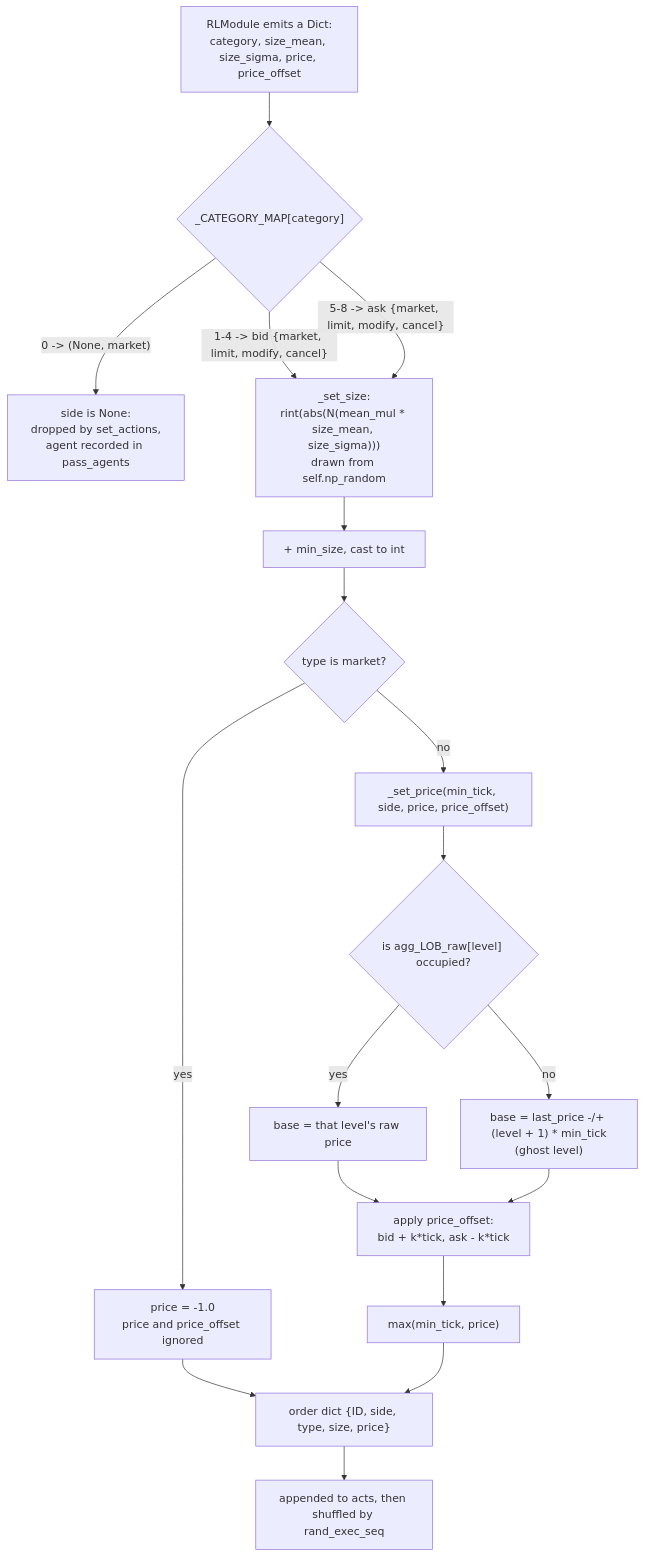
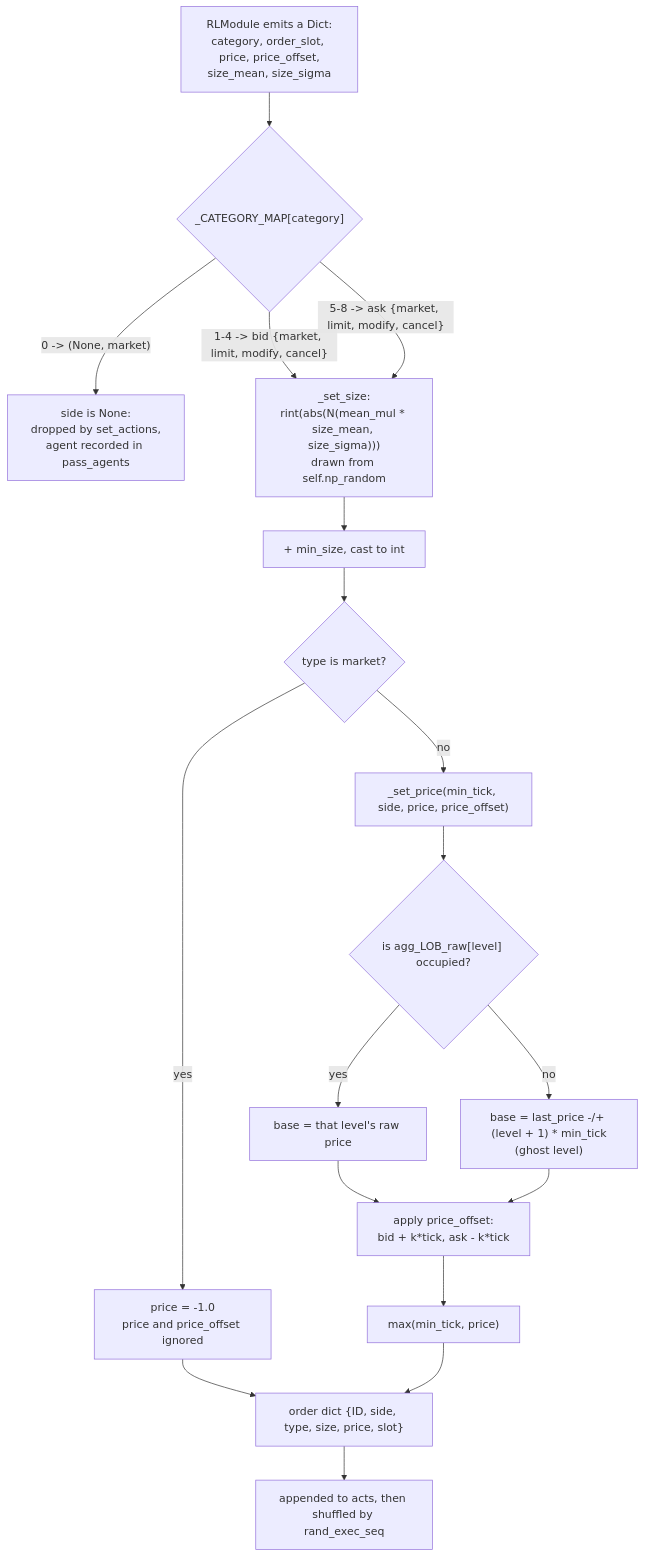
Before and after one commit to ChuaCheowHuan/gym-continuousDoubleAuction: the diagram in doc/06_action_space.md, drawn with Mermaid. The commit also changed other lines of this file and 42 other files, not shown here.

First line of the commit message:
Make modify and cancel aimable: own-book observation, order_slot head, layout stamp

````diff
--- a/doc/06_action_space.md
+++ b/doc/06_action_space.md
@@ -34,23 +34,23 @@
 ```mermaid
 flowchart TD
-    NN["RLModule emits a Dict:<br/>category, size_mean, size_sigma, price, price_offset"] --> CAT{"_CATEGORY_MAP[category]"}
+    NN["RLModule emits a Dict:<br/>category, order_slot, price, price_offset,<br/>size_mean, size_sigma"] --> CAT{"_CATEGORY_MAP[category]"}
     CAT -->|"0 -> (None, market)"| PASS["side is None:<br/>dropped by set_actions,<br/>agent recorded in pass_agents"]
     CAT -->|"1-4 -> bid {market, limit, modify, cancel}"| SIZE
     CAT -->|"5-8 -> ask {market, limit, modify, cancel}"| SIZE
 
     SIZE["_set_size:<br/>rint(abs(N(mean_mul * size_mean, size_sigma)))<br/>drawn from self.np_random"] --> PLUS["+ min_size, cast to int"]
     PLUS --> TYPE{"type is market?"}
     TYPE -->|"yes"| MKT["price = -1.0<br/>price and price_offset ignored"]
     TYPE -->|"no"| PR["_set_price(min_tick, side, price, price_offset)"]
 
     PR --> LVL{"is agg_LOB_raw[level] occupied?"}
     LVL -->|"yes"| REAL["base = that level's raw price"]
     LVL -->|"no"| GHOST["base = last_price -/+ (level + 1) * min_tick<br/>(ghost level)"]
     REAL --> OFF["apply price_offset:<br/>bid + k*tick, ask - k*tick"]
     GHOST --> OFF
     OFF --> CLAMP["max(min_tick, price)"]
 
-    MKT --> OUT["order dict {ID, side, type, size, price}"]
+    MKT --> OUT["order dict {ID, side, type, size, price, slot}"]
     CLAMP --> OUT
     OUT --> QUEUE["appended to acts, then shuffled by rand_exec_seq"]
 ```
````
